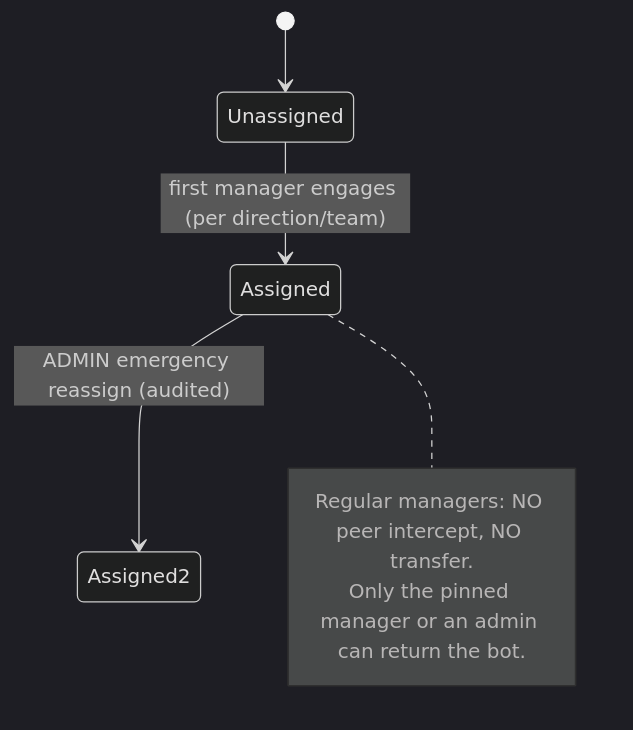
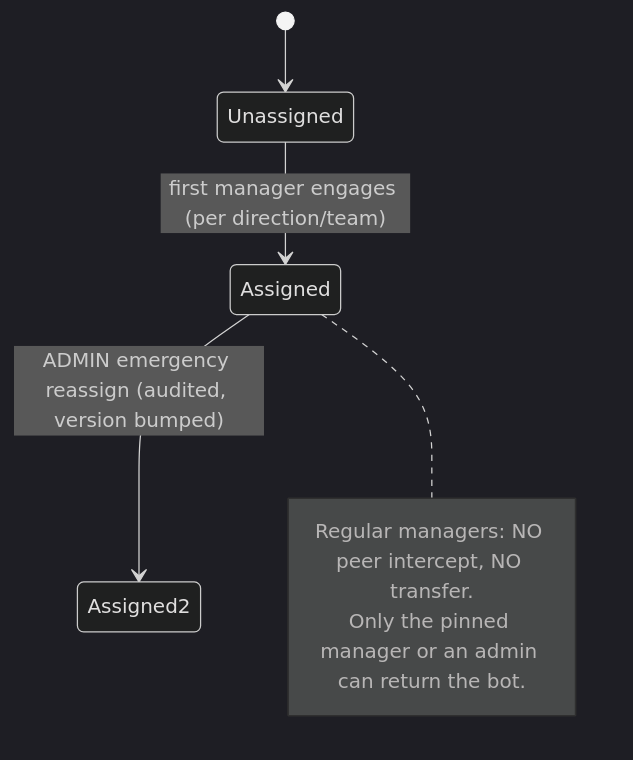
One commit to Ulfacar/frunze-travel-bot changed the fourth of 5 diagrams in docs/architecture/TARGET_DESIGN_PHASE2.md. Above: the diagram before and after it, drawn with Mermaid (dark theme). The commit also changed other lines of this file, not shown here.

Commit message:
docs: address phase 2 architecture review findings

````diff
--- a/docs/architecture/TARGET_DESIGN_PHASE2.md
+++ b/docs/architecture/TARGET_DESIGN_PHASE2.md
@@ -105,10 +106,10 @@
 ```mermaid
 stateDiagram-v2
   [*] --> Unassigned
   Unassigned --> Assigned: first manager engages (per direction/team)
-  Assigned --> Assigned2: ADMIN emergency reassign (audited)
+  Assigned --> Assigned2: ADMIN emergency reassign (audited, version bumped)
   note right of Assigned
     Regular managers: NO peer intercept, NO transfer.
     Only the pinned manager or an admin can return the bot.
   end note
 ```
````
